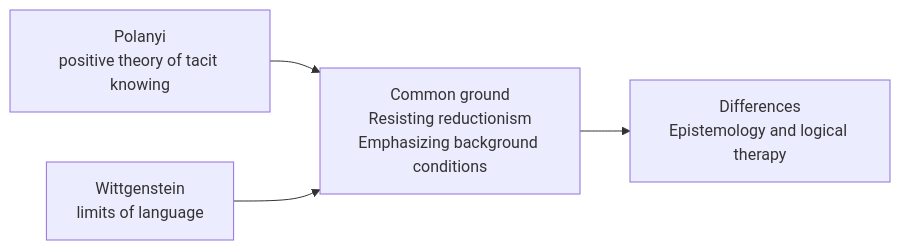
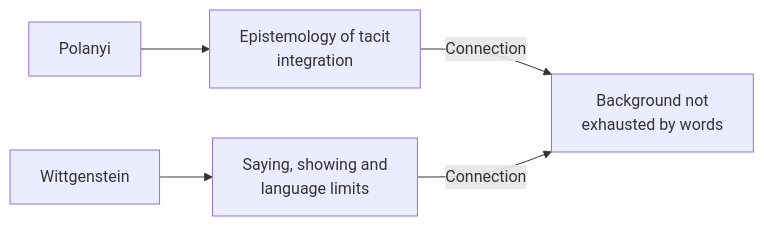
The first of 2 diagrams in articles/report/polanyi-wittgenstein-tacit-knowledge/en/index.mdx (daylight55/research), drawn with Mermaid before and after one commit. The commit also changed other lines of this file and 181 other files, not shown here.

First line of the commit message:
全記事の図解368点を再生成し、共通注意書きを削除 (#402)

````diff
--- a/articles/report/polanyi-wittgenstein-tacit-knowledge/en/index.mdx
+++ b/articles/report/polanyi-wittgenstein-tacit-knowledge/en/index.mdx
@@ -33,6 +33,14 @@
 ```mermaid
 flowchart LR
-  P["Polanyi<br/>positive theory of tacit knowing"] --> C["Common ground<br/>Resisting reductionism<br/>Emphasizing background conditions"]
-  W["Wittgenstein<br/>limits of language"] --> C
-  C --> D["Differences<br/>Epistemology and logical therapy"]
+  accTitle: Connections and differences between Polanyi and Wittgenstein
+  accDescr: Both attend to backgrounds that words do not exhaust, but tacit knowing and the limits of language and logic are different questions.
+  N0["Polanyi"]
+  N1["Epistemology of tacit<br/>integration"]
+  N2["Wittgenstein"]
+  N3["Saying, showing and<br/>language limits"]
+  N4["Background not<br/>exhausted by words"]
+  N0 --> N1
+  N2 --> N3
+  N1 -->|Connection| N4
+  N3 -->|Connection| N4
 ```
````
